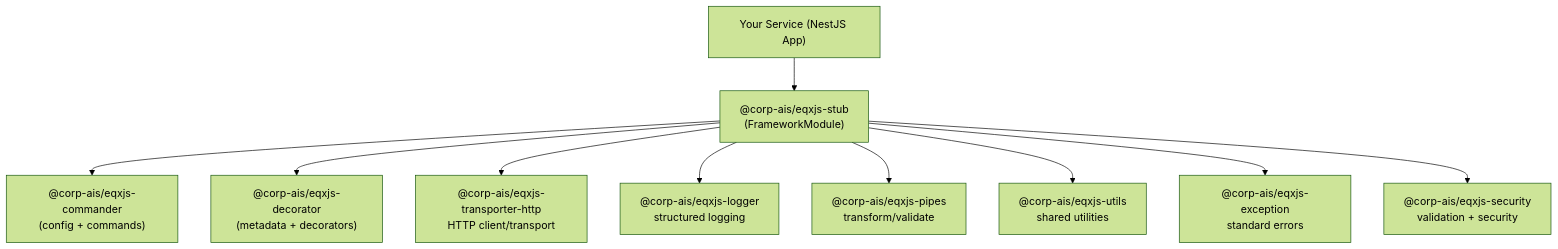
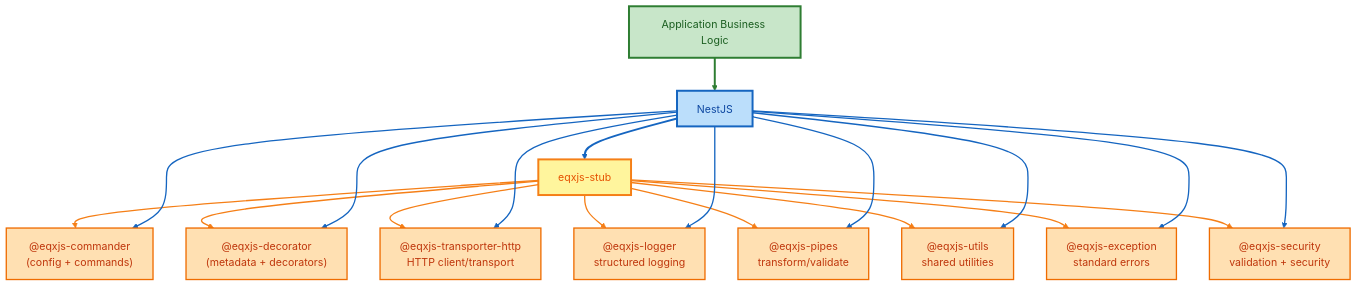
One commit to aretit2533/cronus-course-document changed the diagram in eqxjs-framework/01-stub/module-01-introduction.md. Above: the diagram before and after it, drawn with Mermaid (forest theme). The commit also changed other lines of this file and 17 other files, not shown here.

First line of the commit message:
Refactor EQXJS Framework references from `@corp-ais` to `@eqxjs` across documentation and codebase

````diff
--- a/eqxjs-framework/01-stub/module-01-introduction.md
+++ b/eqxjs-framework/01-stub/module-01-introduction.md
@@ -15,12 +26,39 @@
 ```mermaid
-flowchart TB
-  App["Your Service (NestJS App)"] --> Stub["@corp-ais/eqxjs-stub<br/>(FrameworkModule)"]
-  Stub --> Commander["@corp-ais/eqxjs-commander<br/>(config + commands)"]
-  Stub --> Decorator["@corp-ais/eqxjs-decorator<br/>(metadata + decorators)"]
-  Stub --> Http["@corp-ais/eqxjs-transporter-http<br/>HTTP client/transport"]
-  Stub --> Logger["@corp-ais/eqxjs-logger<br/>structured logging"]
-  Stub --> Pipes["@corp-ais/eqxjs-pipes<br/>transform/validate"]
-  Stub --> Utils["@corp-ais/eqxjs-utils<br/>shared utilities"]
-  Stub --> Exception["@corp-ais/eqxjs-exception<br/>standard errors"]
-  Stub --> Security["@corp-ais/eqxjs-security<br/>validation + security"]
+graph TD
+    A[Application Business Logic] --> C[NestJS]
+    C --> Stub[eqxjs-stub]
+    Stub --> Commander["@eqxjs-commander<br/>(config + commands)"]
+    Stub --> Decorator["@eqxjs-decorator<br/>(metadata + decorators)"]
+    Stub --> Http["@eqxjs-transporter-http<br/>HTTP client/transport"]
+    Stub --> Logger["@eqxjs-logger<br/>structured logging"]
+    Stub --> Pipes["@eqxjs-pipes<br/>transform/validate"]
+    Stub --> Utils["@eqxjs-utils<br/>shared utilities"]
+    Stub --> Exception["@eqxjs-exception<br/>standard errors"]
+    Stub --> Security["@eqxjs-security<br/>validation + security"]
+    C --> Commander
+    C --> Decorator
+    C --> Http
+    C --> Logger
+    C --> Pipes
+    C --> Utils
+    C --> Exception
+    C --> Security
+
+    style A fill:#c8e6c9,stroke:#2e7d32,stroke-width:3px,color:#1b5e20
+    style C fill:#bbdefb,stroke:#1565c0,stroke-width:3px,color:#0d47a1
+    style Stub fill:#fff59d,stroke:#f57f17,stroke-width:3px,color:#e65100
+
+    style Commander fill:#ffe0b2,stroke:#ef6c00,stroke-width:2px,color:#bf360c
+    style Decorator fill:#ffe0b2,stroke:#ef6c00,stroke-width:2px,color:#bf360c
+    style Http fill:#ffe0b2,stroke:#ef6c00,stroke-width:2px,color:#bf360c
+    style Logger fill:#ffe0b2,stroke:#ef6c00,stroke-width:2px,color:#bf360c
+    style Pipes fill:#ffe0b2,stroke:#ef6c00,stroke-width:2px,color:#bf360c
+    style Utils fill:#ffe0b2,stroke:#ef6c00,stroke-width:2px,color:#bf360c
+    style Exception fill:#ffe0b2,stroke:#ef6c00,stroke-width:2px,color:#bf360c
+    style Security fill:#ffe0b2,stroke:#ef6c00,stroke-width:2px,color:#bf360c
+
+    linkStyle 0 stroke:#2e7d32,stroke-width:3px
+    linkStyle 1 stroke:#1565c0,stroke-width:3px
+    linkStyle 2,3,4,5,6,7,8,9 stroke:#f57f17,stroke-width:2px
+    linkStyle 10,11,12,13,14,15,16,17 stroke:#1565c0,stroke-width:2px
 ```
````
